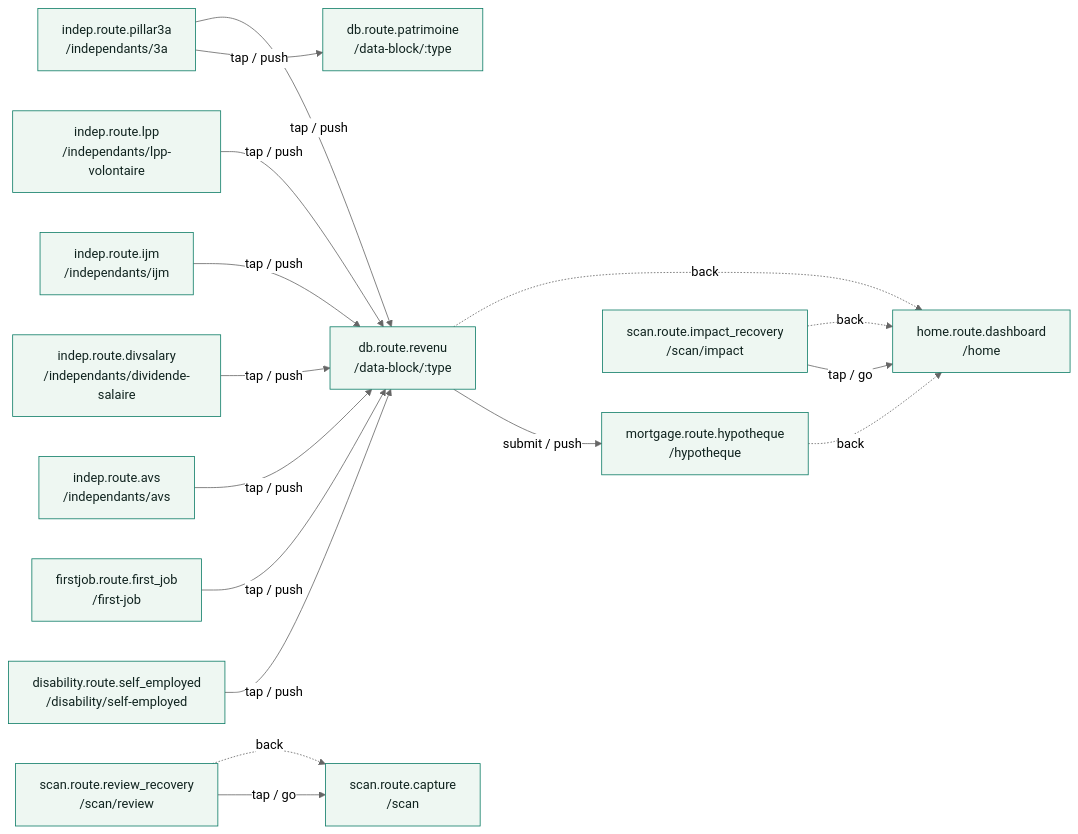
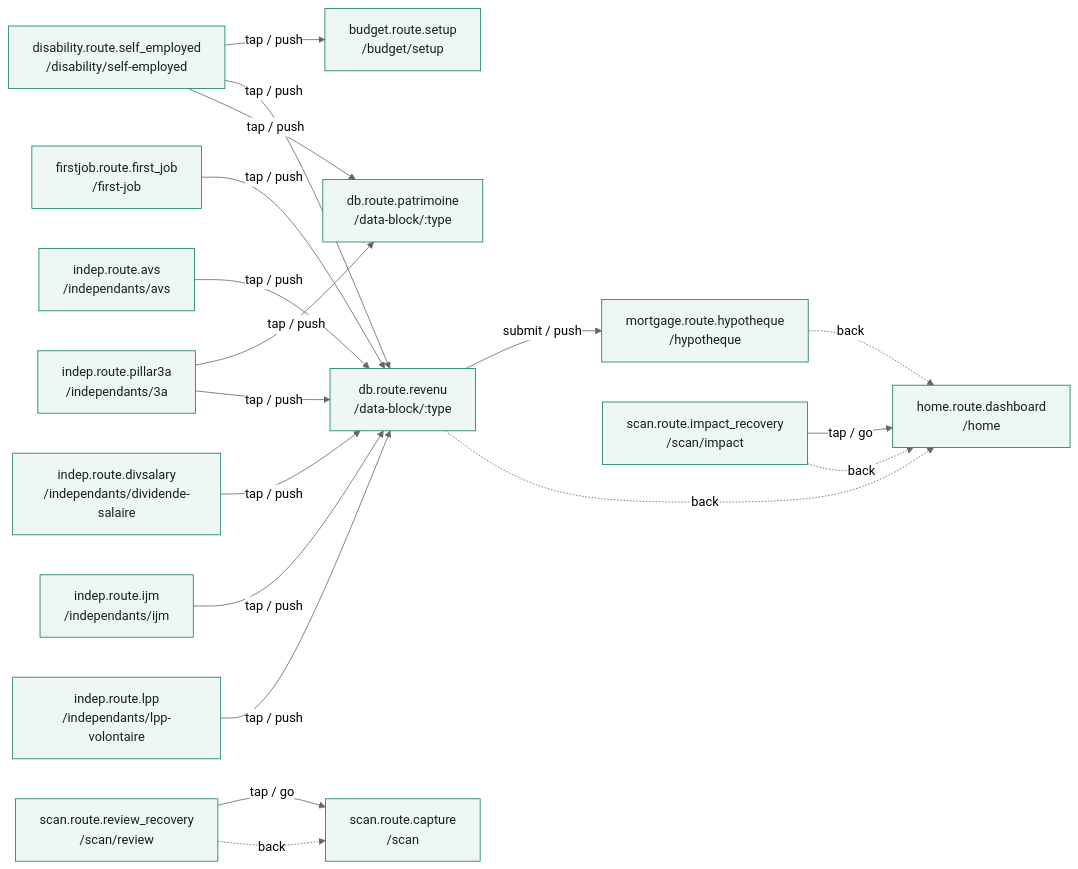
One commit to MINT-IA/MINT changed the diagram in .planning/journeys/diagrams/interaction_graph.mmd. Above: the diagram before and after it, drawn with Mermaid (neutral theme). The commit also changed 9 other files, not shown here.

```diff
--- a/.planning/journeys/diagrams/interaction_graph.mmd
+++ b/.planning/journeys/diagrams/interaction_graph.mmd
@@ -1,36 +1,39 @@
 flowchart LR
   %% Generated by tools/checks/interaction_registry_lint.py -- do not edit manually.
   classDef route fill:#eef7f2,stroke:#0d7c66,stroke-width:1px,color:#10231f;
   classDef scene fill:#fff7e8,stroke:#b7791f,stroke-width:1px,color:#2b2112;
 
+  budget_route_setup["budget.route.setup<br/>/budget/setup"]:::route
   db_route_patrimoine["db.route.patrimoine<br/>/data-block/:type"]:::route
   db_route_revenu["db.route.revenu<br/>/data-block/:type"]:::route
   disability_route_self_employed["disability.route.self_employed<br/>/disability/self-employed"]:::route
   firstjob_route_first_job["firstjob.route.first_job<br/>/first-job"]:::route
   home_route_dashboard["home.route.dashboard<br/>/home"]:::route
   indep_route_avs["indep.route.avs<br/>/independants/avs"]:::route
   indep_route_divsalary["indep.route.divsalary<br/>/independants/dividende-salaire"]:::route
   indep_route_ijm["indep.route.ijm<br/>/independants/ijm"]:::route
   indep_route_lpp["indep.route.lpp<br/>/independants/lpp-volontaire"]:::route
   indep_route_pillar3a["indep.route.pillar3a<br/>/independants/3a"]:::route
   mortgage_route_hypotheque["mortgage.route.hypotheque<br/>/hypotheque"]:::route
   scan_route_capture["scan.route.capture<br/>/scan"]:::route
   scan_route_impact_recovery["scan.route.impact_recovery<br/>/scan/impact"]:::route
   scan_route_review_recovery["scan.route.review_recovery<br/>/scan/review"]:::route
 
+  disability_route_self_employed -->|"tap / push"| budget_route_setup
   disability_route_self_employed -->|"tap / push"| db_route_revenu
+  disability_route_self_employed -->|"tap / push"| db_route_patrimoine
   scan_route_impact_recovery -->|"tap / go"| home_route_dashboard
   scan_route_review_recovery -->|"tap / go"| scan_route_capture
   firstjob_route_first_job -->|"tap / push"| db_route_revenu
   indep_route_avs -->|"tap / push"| db_route_revenu
   indep_route_divsalary -->|"tap / push"| db_route_revenu
   indep_route_ijm -->|"tap / push"| db_route_revenu
   indep_route_lpp -->|"tap / push"| db_route_revenu
   indep_route_pillar3a -->|"tap / push"| db_route_patrimoine
   indep_route_pillar3a -->|"tap / push"| db_route_revenu
   db_route_revenu -->|"submit / push"| mortgage_route_hypotheque
 
   db_route_revenu -. "back" .-> home_route_dashboard
   mortgage_route_hypotheque -. "back" .-> home_route_dashboard
   scan_route_impact_recovery -. "back" .-> home_route_dashboard
   scan_route_review_recovery -. "back" .-> scan_route_capture
```
